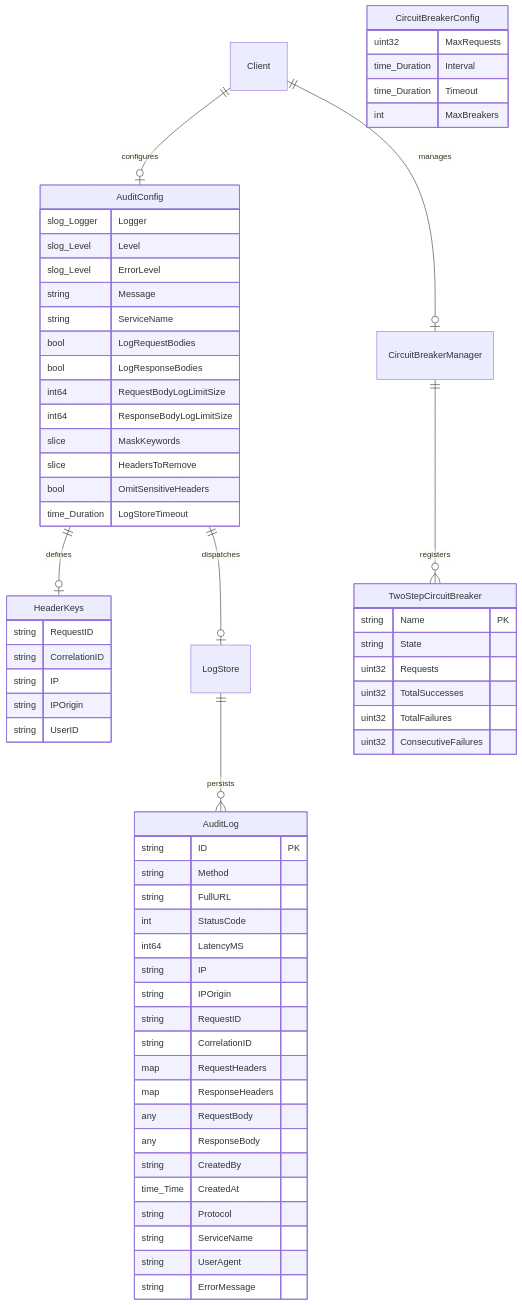
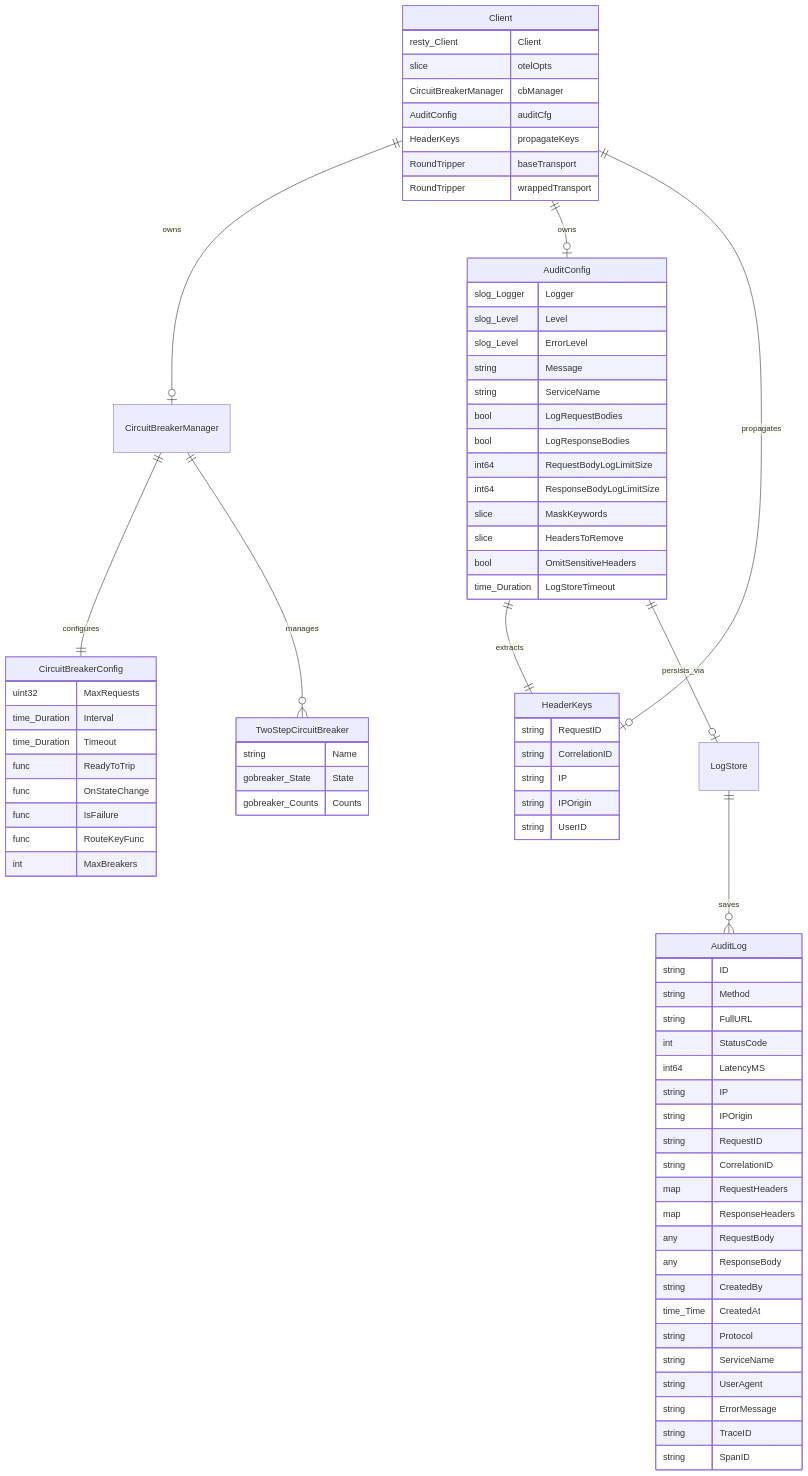
The fourth of 4 diagrams in README.md (Jkenyut/nvx-go-client), drawn with Mermaid before and after one commit. The commit also changed other lines of this file, not shown here.

Commit message:
docs: overhaul README with architecture diagrams and reference catalogs

````diff
--- a/README.md
+++ b/README.md
@@ -480,32 +282,39 @@
 ```mermaid
 erDiagram
-    Client ||--o| CircuitBreakerManager : manages
-    Client ||--o| AuditConfig : configures
-    AuditConfig ||--o| HeaderKeys : defines
-    AuditConfig ||--o| LogStore : dispatches
-    CircuitBreakerManager ||--o{ TwoStepCircuitBreaker : registers
-    LogStore ||--o{ AuditLog : persists
+    Client ||--o| CircuitBreakerManager : owns
+    Client ||--o| AuditConfig : owns
+    Client ||--o| HeaderKeys : propagates
+    CircuitBreakerManager ||--|| CircuitBreakerConfig : configures
+    CircuitBreakerManager ||--o{ TwoStepCircuitBreaker : manages
+    AuditConfig ||--|| HeaderKeys : extracts
+    AuditConfig ||--o| LogStore : persists_via
+    LogStore ||--o{ AuditLog : saves
 
-    AuditLog {
-        string ID PK
-        string Method
-        string FullURL
-        int StatusCode
-        int64 LatencyMS
-        string IP
-        string IPOrigin
-        string RequestID
-        string CorrelationID
-        map RequestHeaders
-        map ResponseHeaders
-        any RequestBody
-        any ResponseBody
-        string CreatedBy
-        time_Time CreatedAt
-        string Protocol
-        string ServiceName
-        string UserAgent
-        string ErrorMessage
+    Client {
+        resty_Client Client
+        slice otelOpts
+        CircuitBreakerManager cbManager
+        AuditConfig auditCfg
+        HeaderKeys propagateKeys
+        RoundTripper baseTransport
+        RoundTripper wrappedTransport
+    }
+
+    CircuitBreakerConfig {
+        uint32 MaxRequests
+        time_Duration Interval
+        time_Duration Timeout
+        func ReadyToTrip
+        func OnStateChange
+        func IsFailure
+        func RouteKeyFunc
+        int MaxBreakers
+    }
+
+    TwoStepCircuitBreaker {
+        string Name
+        gobreaker_State State
+        gobreaker_Counts Counts
     }
 
     AuditConfig {
@@ -532,19 +341,27 @@
         string UserID
     }
 
-    CircuitBreakerConfig {
-        uint32 MaxRequests
-        time_Duration Interval
-        time_Duration Timeout
-        int MaxBreakers
-    }
-
-    TwoStepCircuitBreaker {
-        string Name PK
-        string State
-        uint32 Requests
-        uint32 TotalSuccesses
-        uint32 TotalFailures
-        uint32 ConsecutiveFailures
+    AuditLog {
+        string ID
+        string Method
+        string FullURL
+        int StatusCode
+        int64 LatencyMS
+        string IP
+        string IPOrigin
+        string RequestID
+        string CorrelationID
+        map RequestHeaders
+        map ResponseHeaders
+        any RequestBody
+        any ResponseBody
+        string CreatedBy
+        time_Time CreatedAt
+        string Protocol
+        string ServiceName
+        string UserAgent
+        string ErrorMessage
+        string TraceID
+        string SpanID
     }
 ```
````
